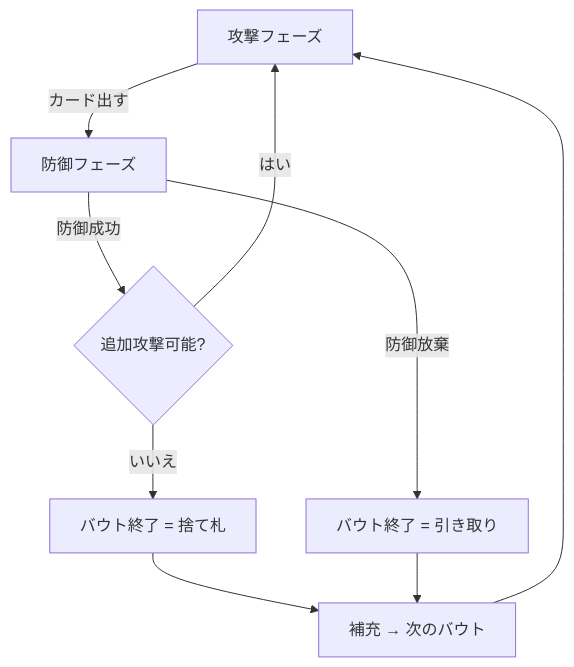
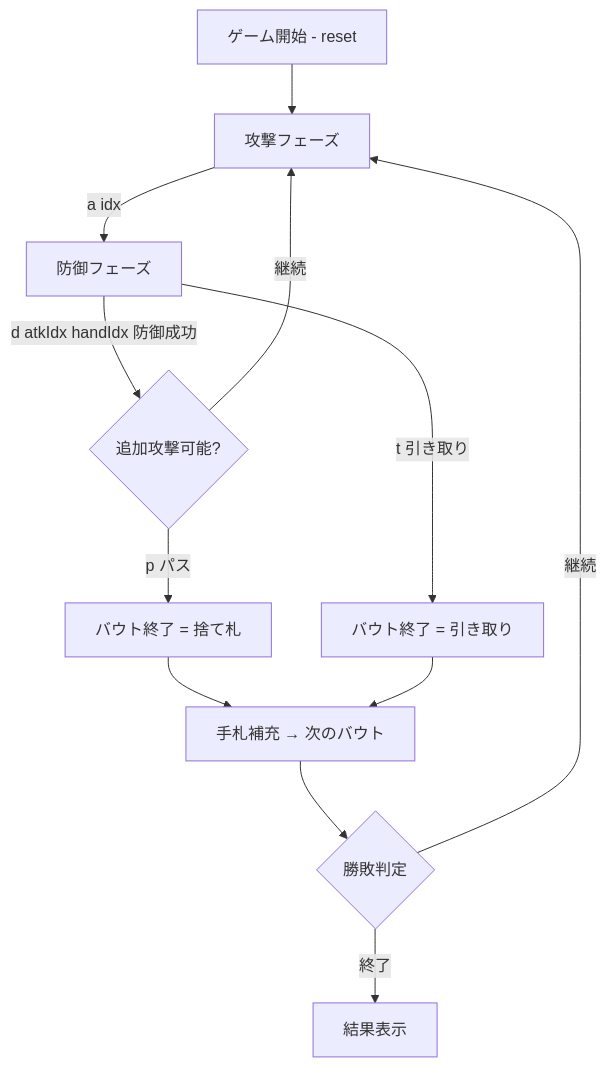
Before and after one commit to yuta-yoshinaga/go_trumpcards: the diagram in docs/manual/cui/durak.md, drawn with Mermaid. The commit also changed other lines of this file and 10 other files, not shown here.

````diff
--- a/docs/manual/cui/durak.md
+++ b/docs/manual/cui/durak.md
@@ -23,11 +47,14 @@
 ```mermaid
 flowchart TD
-    A[攻撃フェーズ] -->|カード出す| B[防御フェーズ]
-    B -->|防御成功| C{追加攻撃可能?}
-    C -->|はい| A
-    C -->|いいえ| D[バウト終了 = 捨て札]
-    B -->|防御放棄| E[バウト終了 = 引き取り]
-    D --> F[補充 → 次のバウト]
-    E --> F
-    F --> A
+    A[ゲーム開始 - reset] --> B[攻撃フェーズ]
+    B -->|a idx| C[防御フェーズ]
+    C -->|d atkIdx handIdx 防御成功| D{追加攻撃可能?}
+    D -->|p パス| E[バウト終了 = 捨て札]
+    D -->|継続| B
+    C -->|t 引き取り| F[バウト終了 = 引き取り]
+    E --> G[手札補充 → 次のバウト]
+    F --> G
+    G --> H{勝敗判定}
+    H -->|継続| B
+    H -->|終了| I[結果表示]
 ```
````
